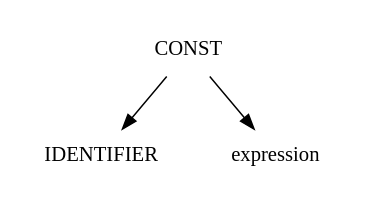
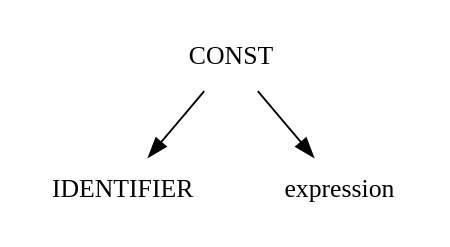
The diagram in doc/const.dot (vehre/aspa_cscc), drawn with Graphviz before and after one commit. The commit also changed 8 other files, not shown here.

```diff
--- a/doc/const.dot
+++ b/doc/const.dot
@@ -1,6 +1,6 @@
 digraph L0 {
-        size = "2,2";
+        size = "2.5,2";
         ordering=out;
         node [shape = plaintext];
         CONST -> {IDENTIFIER expression};
 }
```
